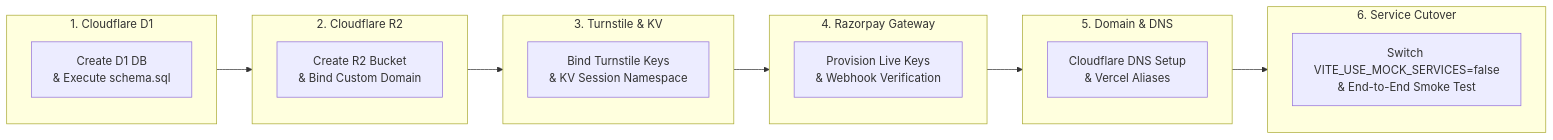
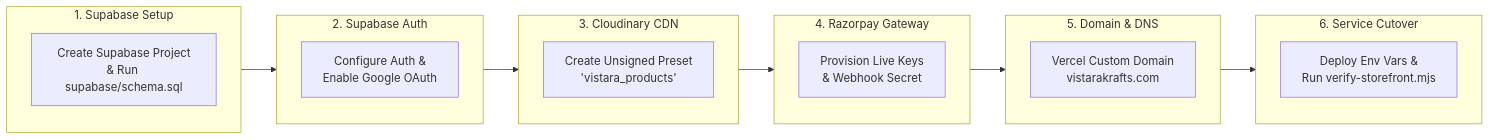
The diagram in INTEGRATION_PLAN.md (abhieee-java/vistara-krafts), drawn with Mermaid before and after one commit. The commit also changed other lines of this file and 28 other files, not shown here.

First line of the commit message:
feat(architecture): complete migration to Supabase (PostgreSQL 15+ & Auth) and Cloudinary storage

````diff
--- a/INTEGRATION_PLAN.md
+++ b/INTEGRATION_PLAN.md
@@ -16,23 +18,23 @@
 ```mermaid
 flowchart LR
-    subgraph Phase1 ["1. Cloudflare D1"]
-        P1["Create D1 DB<br/>& Execute schema.sql"]
+    subgraph Phase1 ["1. Supabase Setup"]
+        P1["Create Supabase Project<br/>& Run supabase/schema.sql"]
     end
-    subgraph Phase2 ["2. Cloudflare R2"]
-        P2["Create R2 Bucket<br/>& Bind Custom Domain"]
+    subgraph Phase2 ["2. Supabase Auth"]
+        P2["Configure Auth &<br/>Enable Google OAuth"]
     end
-    subgraph Phase3 ["3. Turnstile & KV"]
-        P3["Bind Turnstile Keys<br/>& KV Session Namespace"]
+    subgraph Phase3 ["3. Cloudinary CDN"]
+        P3["Create Unsigned Preset<br/>'vistara_products'"]
     end
     subgraph Phase4 ["4. Razorpay Gateway"]
-        P4["Provision Live Keys<br/>& Webhook Verification"]
+        P4["Provision Live Keys<br/>& Webhook Secret"]
     end
     subgraph Phase5 ["5. Domain & DNS"]
-        P5["Cloudflare DNS Setup<br/>& Vercel Aliases"]
+        P5["Vercel Custom Domain<br/>vistarakrafts.com"]
     end
     subgraph Phase6 ["6. Service Cutover"]
-        P6["Switch VITE_USE_MOCK_SERVICES=false<br/>& End-to-End Smoke Test"]
+        P6["Deploy Env Vars &<br/>Run verify-storefront.mjs"]
     end
 
     Phase1 --> Phase2 --> Phase3 --> Phase4 --> Phase5 --> Phase6
 ```
````
